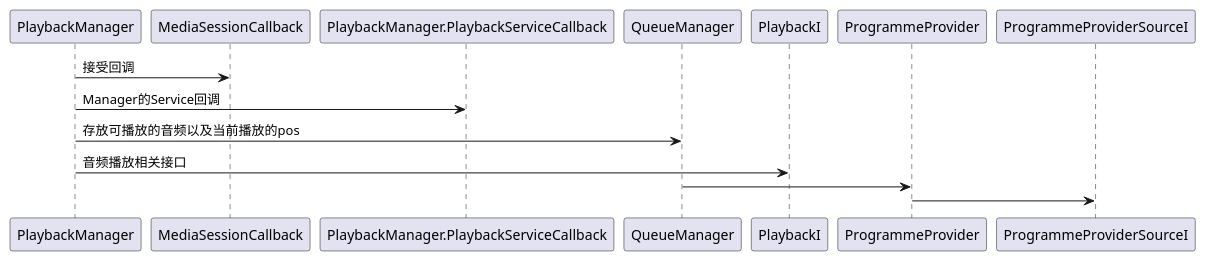
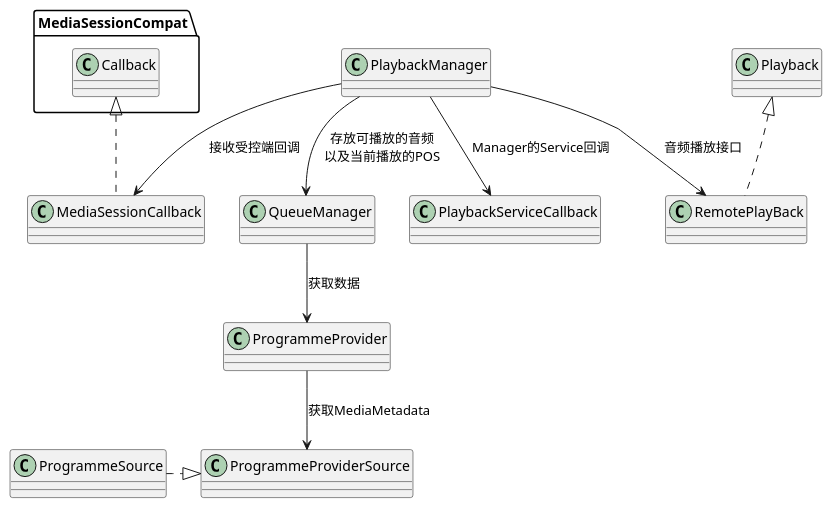
Before and after one commit to BBBOND/KeXueTuoKouXiu: the diagram in uml/Player.puml, drawn with PlantUML. The commit also changed 29 other files, not shown here.

```diff
--- a/uml/Player.puml
+++ b/uml/Player.puml
@@ -1,8 +1,21 @@
 @startuml
-PlaybackManager -> MediaSessionCallback : 接受回调
-PlaybackManager -> PlaybackManager.PlaybackServiceCallback : Manager的Service回调
-PlaybackManager -> QueueManager : 存放可播放的音频以及当前播放的pos
-PlaybackManager -> PlaybackI : 音频播放相关接口
-QueueManager -> ProgrammeProvider:
-ProgrammeProvider -> ProgrammeProviderSourceI
+
+ProgrammeProviderSource <|..left- ProgrammeSource
+
+MediaSessionCompat.Callback <|.. MediaSessionCallback
+
+Playback <|.. RemotePlayBack
+
+ProgrammeProvider --> ProgrammeProviderSource : 获取MediaMetadata
+
+QueueManager --> ProgrammeProvider : 获取数据
+
+PlaybackManager --> QueueManager : 存放可播放的音频\n以及当前播放的POS
+
+PlaybackManager --> PlaybackServiceCallback : Manager的Service回调
+
+PlaybackManager --> MediaSessionCallback : 接收受控端回调
+
+PlaybackManager --> RemotePlayBack : 音频播放接口
+
 @enduml
```
